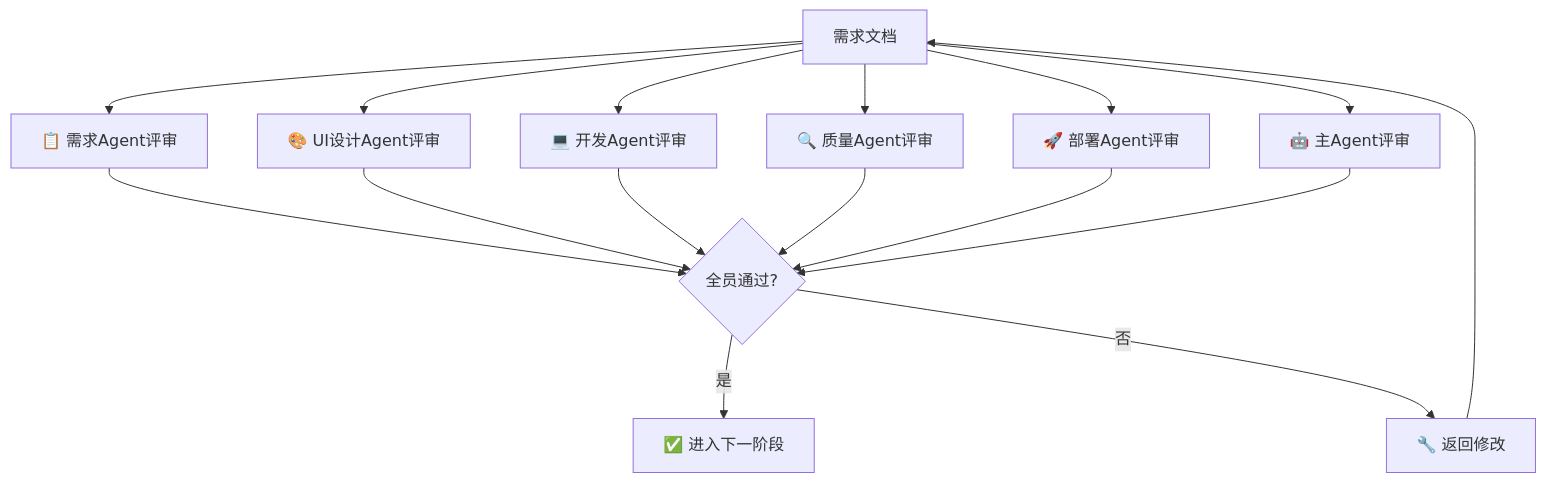
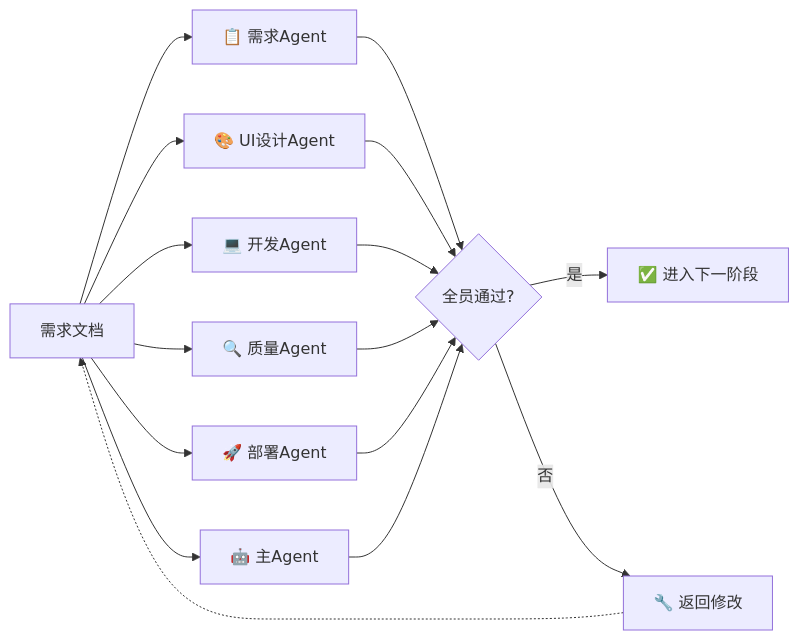
The third of 7 diagrams in 完整工作流说明.md (serenamustrich/dev-standard), drawn with Mermaid before and after one commit. The commit also changed other lines of this file and 1 other file, not shown here.

Commit message:
chore: 修正Mermaid流程图从左到右(LR)
- 将graph TD改为flowchart LR
- 所有流程图现在从左到右显示

````diff
--- a/完整工作流说明.md
+++ b/完整工作流说明.md
@@ -81,18 +81,18 @@
 ```mermaid
-graph TD
-    A[需求文档] --> B[📋 需求Agent评审]
-    A --> C[🎨 UI设计Agent评审]
-    A --> D[💻 开发Agent评审]
-    A --> E[🔍 质量Agent评审]
-    A --> F[🚀 部署Agent评审]
-    A --> G[🤖 主Agent评审]
+flowchart LR
+    A[需求文档] --> B[📋 需求Agent]
+    A --> C[🎨 UI设计Agent]
+    A --> D[💻 开发Agent]
+    A --> E[🔍 质量Agent]
+    A --> F[🚀 部署Agent]
+    A --> G[🤖 主Agent]
     B --> H{全员通过?}
     C --> H
     D --> H
     E --> H
     F --> H
     G --> H
     H -->|是| I[✅ 进入下一阶段]
     H -->|否| J[🔧 返回修改]
-    J --> A
+    J -.-> A
 ```
````
